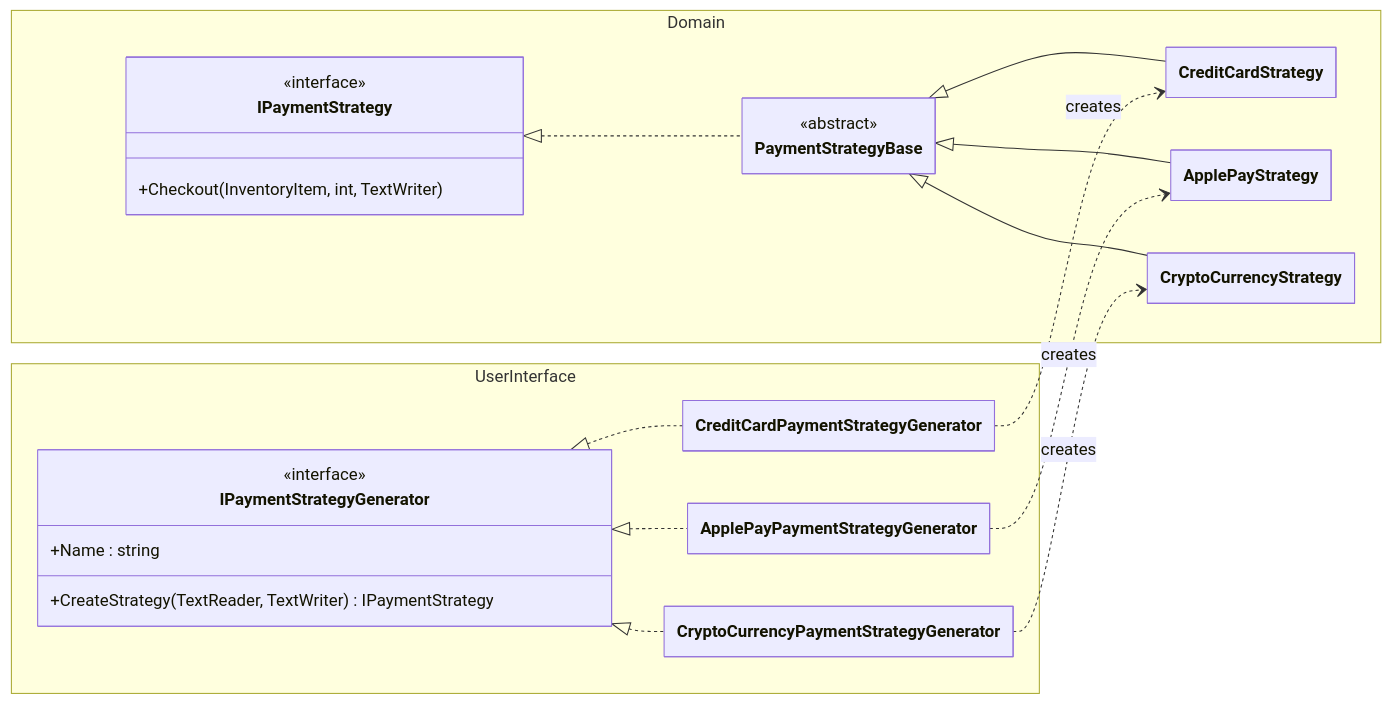
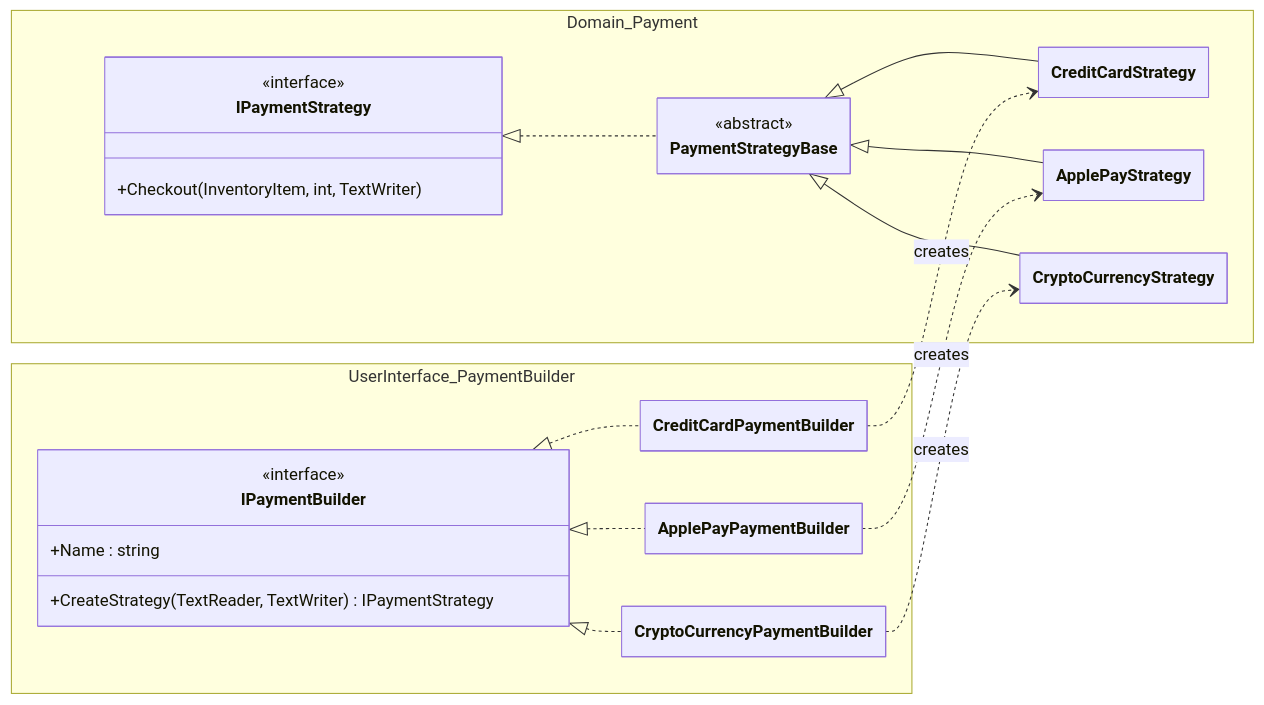
The third of 3 diagrams in assignments/assignment-2-solution/src-csharp/README.md (jeff-adkisson/swe-4743-spring-2026-oo-design), drawn with Mermaid before and after one commit. The commit also changed other lines of this file and 62 other files, not shown here.

````diff
--- a/assignments/assignment-2-solution/src-csharp/README.md
+++ b/assignments/assignment-2-solution/src-csharp/README.md
@@ -252,43 +274,43 @@
 ```mermaid
 ---
 config:
   class:
     hideEmptyMembersBox: true
 ---
 classDiagram
     direction LR
-    namespace UserInterface {
-        class IPaymentStrategyGenerator {
+    namespace UserInterface_PaymentBuilder {
+        class IPaymentBuilder {
             <<interface>>
             +Name : string
             +CreateStrategy(TextReader, TextWriter) IPaymentStrategy
         }
-        class CreditCardPaymentStrategyGenerator
-        class ApplePayPaymentStrategyGenerator
-        class CryptoCurrencyPaymentStrategyGenerator
+        class CreditCardPaymentBuilder
+        class ApplePayPaymentBuilder
+        class CryptoCurrencyPaymentBuilder
     }
 
-    namespace Domain {
+    namespace Domain_Payment {
         class IPaymentStrategy {
             <<interface>>
             +Checkout(InventoryItem, int, TextWriter)
         }
         class PaymentStrategyBase { <<abstract>> }
         class CreditCardStrategy
         class ApplePayStrategy
         class CryptoCurrencyStrategy
     }
     
-    IPaymentStrategyGenerator <|.. CreditCardPaymentStrategyGenerator
-    IPaymentStrategyGenerator <|.. ApplePayPaymentStrategyGenerator
-    IPaymentStrategyGenerator <|.. CryptoCurrencyPaymentStrategyGenerator
+    IPaymentBuilder <|.. CreditCardPaymentBuilder
+    IPaymentBuilder <|.. ApplePayPaymentBuilder
+    IPaymentBuilder <|.. CryptoCurrencyPaymentBuilder
     
     IPaymentStrategy <|.. PaymentStrategyBase
     PaymentStrategyBase <|-- CreditCardStrategy
     PaymentStrategyBase <|-- ApplePayStrategy
     PaymentStrategyBase <|-- CryptoCurrencyStrategy
     
-    CreditCardPaymentStrategyGenerator ..> CreditCardStrategy : creates
-    ApplePayPaymentStrategyGenerator ..> ApplePayStrategy : creates
-    CryptoCurrencyPaymentStrategyGenerator ..> CryptoCurrencyStrategy : creates
+    CreditCardPaymentBuilder ..> CreditCardStrategy : creates
+    ApplePayPaymentBuilder ..> ApplePayStrategy : creates
+    CryptoCurrencyPaymentBuilder ..> CryptoCurrencyStrategy : creates
 ```
````
